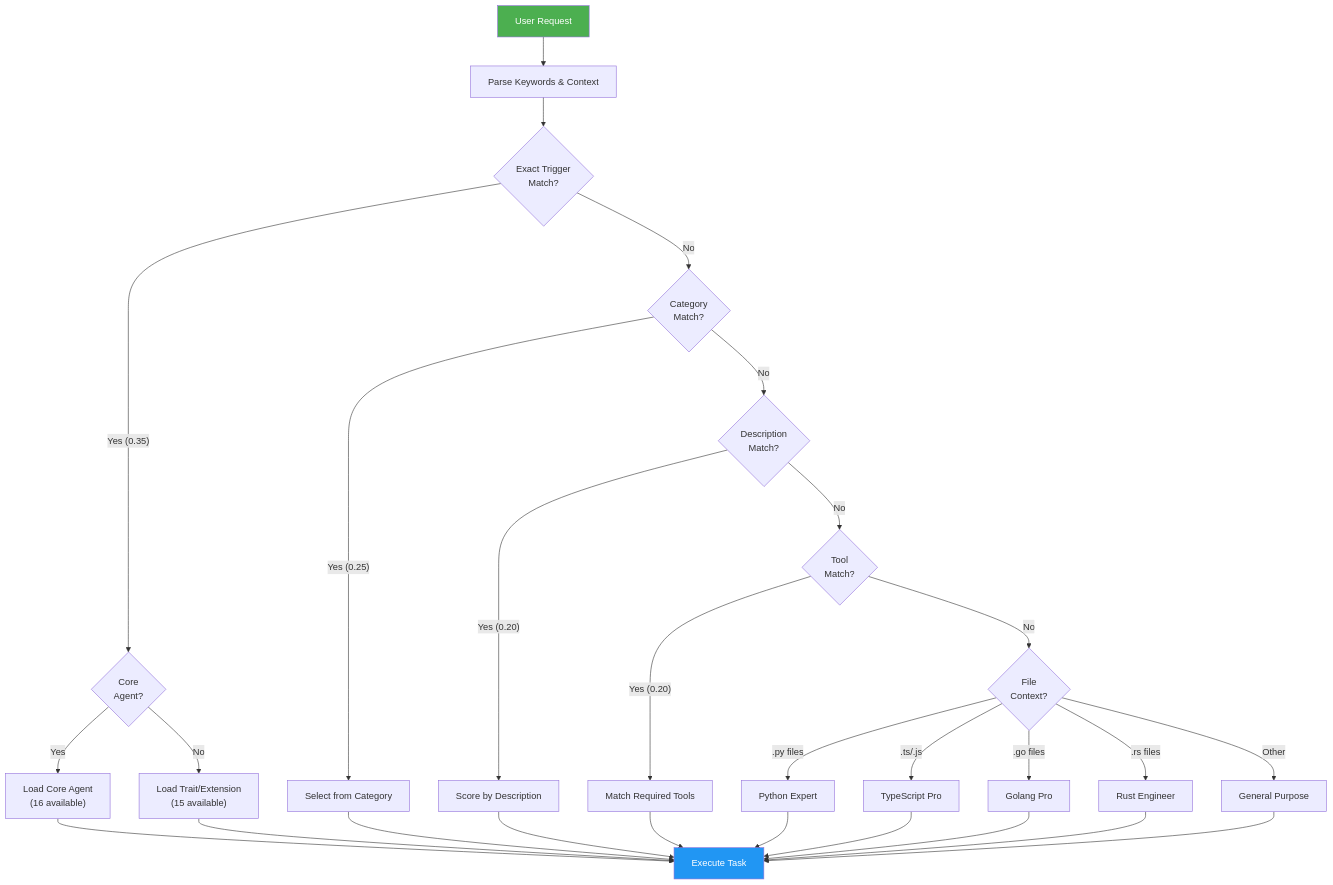
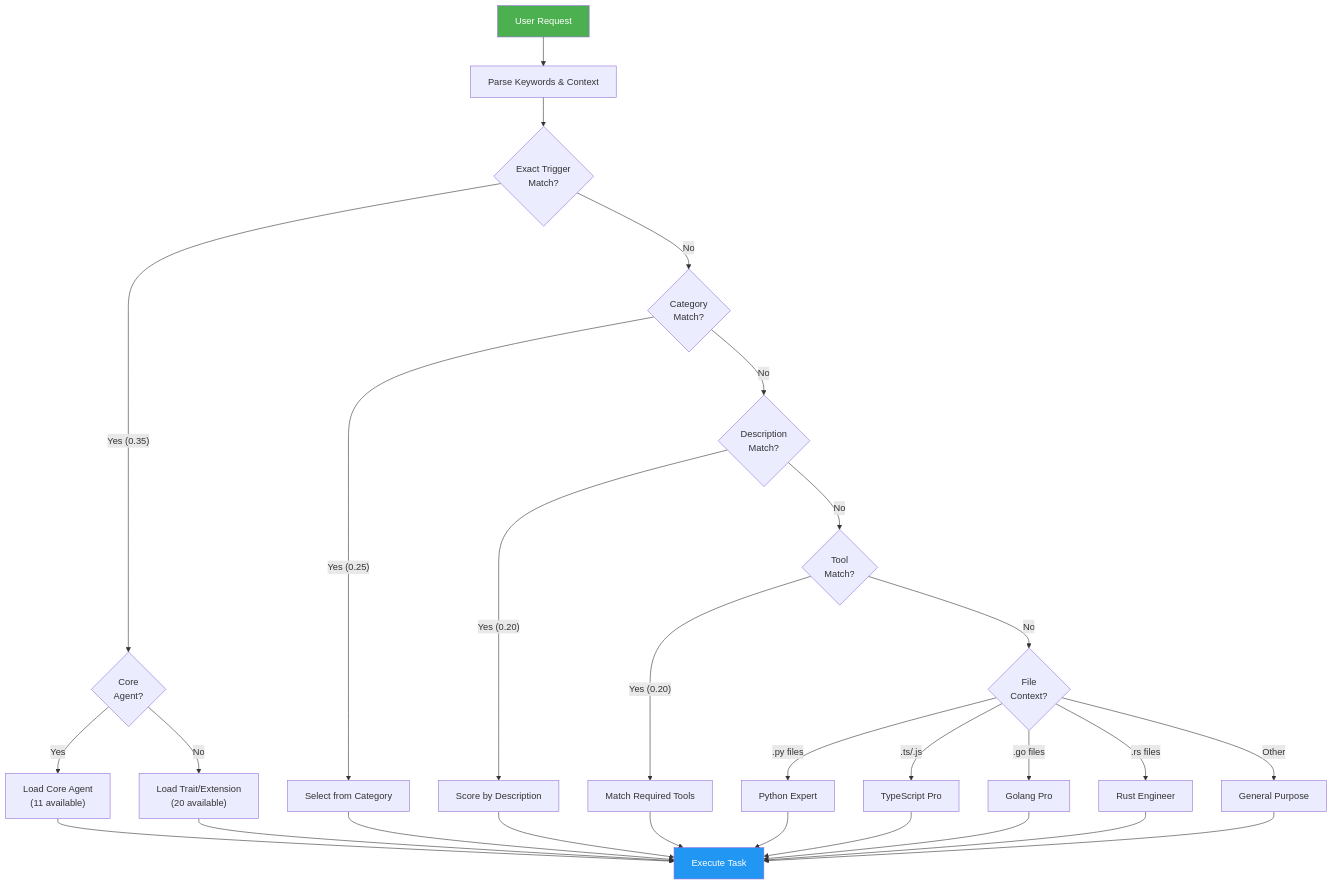
The third of 9 diagrams in README.md (Tony363/SuperClaude), drawn with Mermaid before and after one commit. The commit also changed other lines of this file and 89 other files, not shown here.

````diff
--- a/README.md
+++ b/README.md
@@ -653,40 +654,40 @@
 ```mermaid
 flowchart TD
     START["User Request"] --> PARSE["Parse Keywords & Context"]
 
     PARSE --> TRIGGER{"Exact Trigger<br/>Match?"}
     TRIGGER -->|"Yes (0.35)"| CORE{"Core<br/>Agent?"}
     TRIGGER -->|"No"| CATEGORY{"Category<br/>Match?"}
 
-    CORE -->|"Yes"| USE_CORE["Load Core Agent<br/>(16 available)"]
-    CORE -->|"No"| USE_EXT["Load Trait/Extension<br/>(15 available)"]
+    CORE -->|"Yes"| USE_CORE["Load Core Agent<br/>(11 available)"]
+    CORE -->|"No"| USE_EXT["Load Trait/Extension<br/>(20 available)"]
 
     CATEGORY -->|"Yes (0.25)"| CAT_SELECT["Select from Category"]
     CATEGORY -->|"No"| DESC{"Description<br/>Match?"}
 
     DESC -->|"Yes (0.20)"| DESC_SELECT["Score by Description"]
     DESC -->|"No"| TOOL{"Tool<br/>Match?"}
 
     TOOL -->|"Yes (0.20)"| TOOL_SELECT["Match Required Tools"]
     TOOL -->|"No"| FILE{"File<br/>Context?"}
 
     FILE -->|".py files"| PYTHON["Python Expert"]
     FILE -->|".ts/.js"| TS["TypeScript Pro"]
     FILE -->|".go files"| GO["Golang Pro"]
     FILE -->|".rs files"| RUST["Rust Engineer"]
     FILE -->|"Other"| GENERAL["General Purpose"]
 
     USE_CORE --> EXEC["Execute Task"]
     USE_EXT --> EXEC
     CAT_SELECT --> EXEC
     DESC_SELECT --> EXEC
     TOOL_SELECT --> EXEC
     PYTHON --> EXEC
     TS --> EXEC
     GO --> EXEC
     RUST --> EXEC
     GENERAL --> EXEC
 
     style START fill:#4caf50,color:#fff
     style EXEC fill:#2196f3,color:#fff
 ```
````
